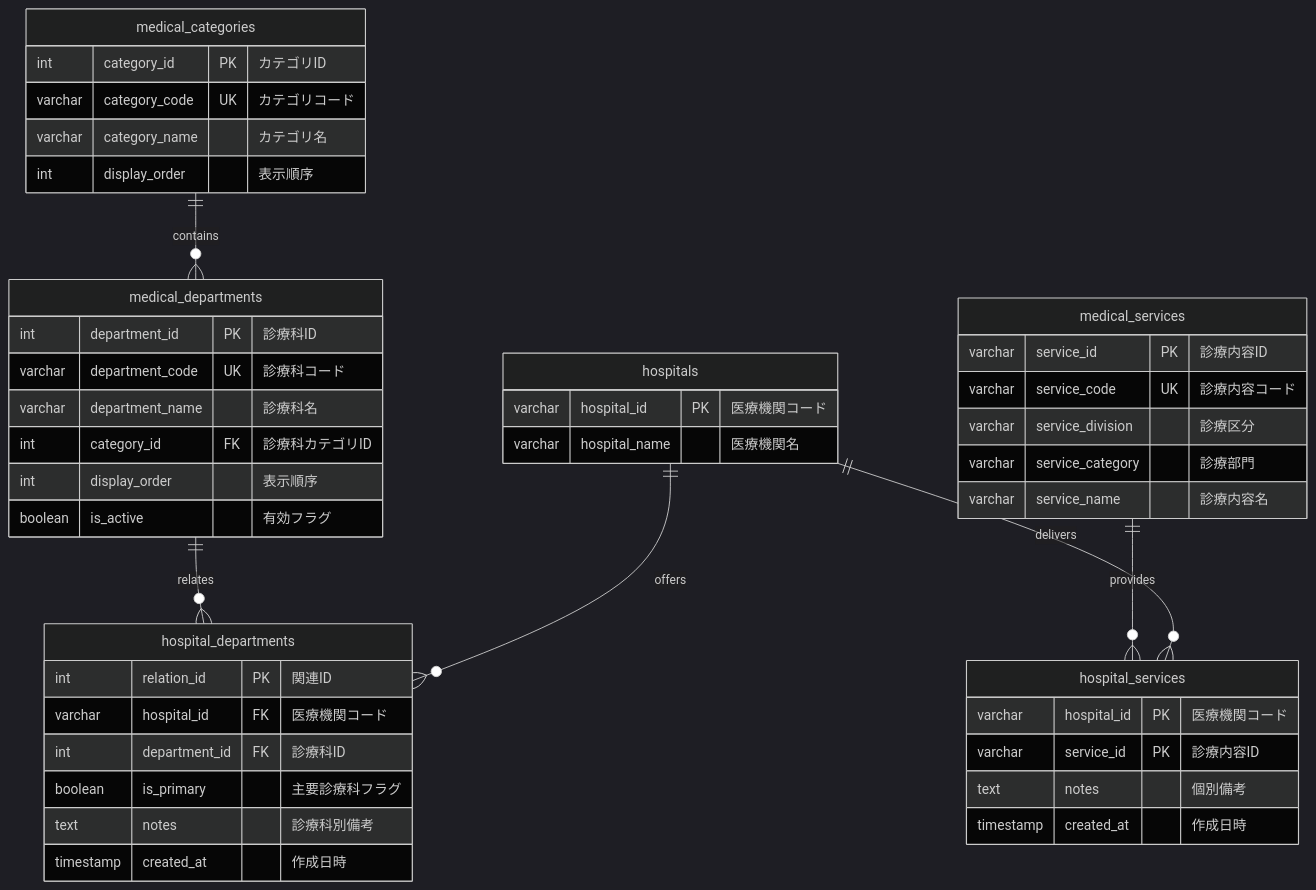
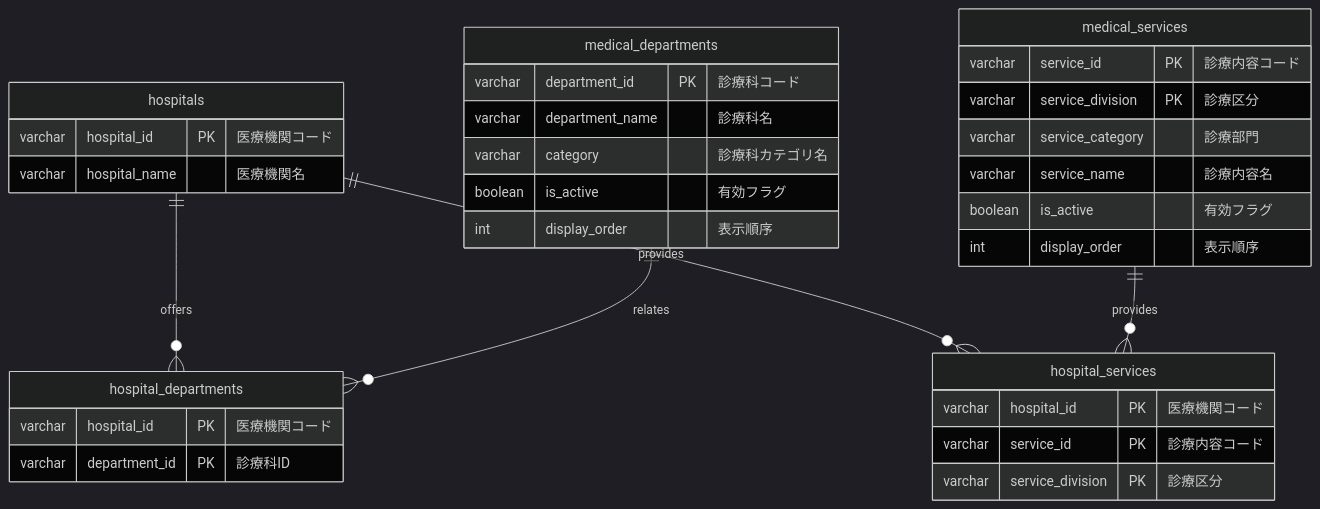
The third of 10 diagrams in rebuild/資料/新医療機関システム/仕様書等/DB/E-R/ER_diagram.md (w3422008/update_DB), drawn with Mermaid (dark theme) before and after one commit. The commit also changed other lines of this file and 5 other files, not shown here.

Commit message:
E-R図作成

````diff
--- a/rebuild/資料/新医療機関システム/仕様書等/DB/E-R/ER_diagram.md
+++ b/rebuild/資料/新医療機関システム/仕様書等/DB/E-R/ER_diagram.md
@@ -403,54 +109,41 @@
 ```mermaid
 erDiagram
     hospitals {
         varchar hospital_id PK "医療機関コード"
         varchar hospital_name "医療機関名"
     }
     
-    medical_categories {
-        int category_id PK "カテゴリID"
-        varchar category_code UK "カテゴリコード"
-        varchar category_name "カテゴリ名"
+    medical_departments {
+        varchar department_id PK "診療科コード"
+        varchar department_name "診療科名"
+        varchar category "診療科カテゴリ名"
+        boolean is_active "有効フラグ"
         int display_order "表示順序"
     }
     
-    medical_departments {
-        int department_id PK "診療科ID"
-        varchar department_code UK "診療科コード"
-        varchar department_name "診療科名"
-        int category_id FK "診療科カテゴリID"
-        int display_order "表示順序"
-        boolean is_active "有効フラグ"
-    }
-    
     hospital_departments {
-        int relation_id PK "関連ID"
-        varchar hospital_id FK "医療機関コード"
-        int department_id FK "診療科ID"
-        boolean is_primary "主要診療科フラグ"
-        text notes "診療科別備考"
-        timestamp created_at "作成日時"
+        varchar hospital_id PK "医療機関コード"
+        varchar department_id PK "診療科ID"
     }
     
     medical_services {
-        varchar service_id PK "診療内容ID"
-        varchar service_code UK "診療内容コード"
-        varchar service_division "診療区分"
+        varchar service_id PK "診療内容コード"
+        varchar service_division PK "診療区分"
         varchar service_category "診療部門"
         varchar service_name "診療内容名"
+        boolean is_active "有効フラグ"
+        int display_order "表示順序"
     }
     
     hospital_services {
         varchar hospital_id PK "医療機関コード"
-        varchar service_id PK "診療内容ID"
-        text notes "個別備考"
-        timestamp created_at "作成日時"
+        varchar service_id PK "診療内容コード"
+        varchar service_division PK "診療区分"
     }
     
     %% リレーションシップ
-    medical_categories ||--o{ medical_departments : "contains"
+    hospitals ||--o{ hospital_departments : "offers"
+    hospitals ||--o{ hospital_services : "provides"
     medical_departments ||--o{ hospital_departments : "relates"
-    hospitals ||--o{ hospital_departments : "offers"
     medical_services ||--o{ hospital_services : "provides"
-    hospitals ||--o{ hospital_services : "delivers"
 ```
````
